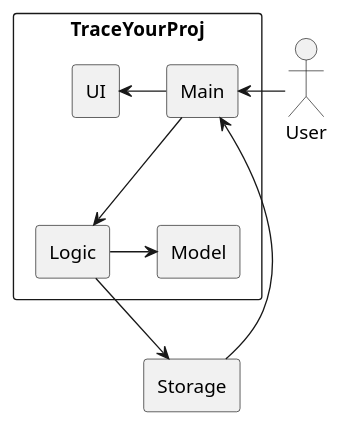
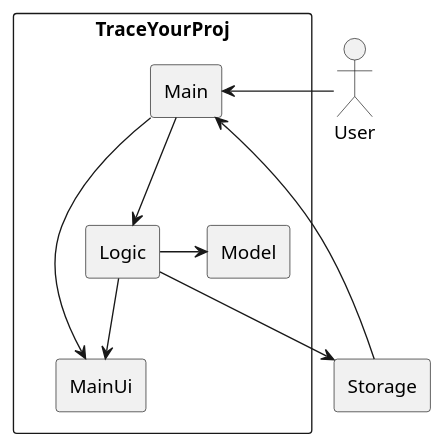
Before and after one commit to s-t-e-f/tp: the diagram in docs/PlantUML/Architecture.puml, drawn with PlantUML. The commit also changed 6 other files, not shown here.

Commit message:
[Sam] Updated Architecture part

```diff
--- a/docs/PlantUML/Architecture.puml
+++ b/docs/PlantUML/Architecture.puml
@@ -1,15 +1,16 @@
 @startuml
 skinparam packageStyle rectangle
 skinparam componentStyle rectangle
 
 actor User
 rectangle Storage
 rectangle TraceYourProj{
   User -left-> [Main]
-  [Main] -left-> [UI]
+  [Main] -left-> [MainUi]
   [Main] --> [Logic]
   [Logic] -right-> [Model]
   [Logic] -down-> [Storage]
+  [Logic] --> [MainUi]
   [Storage] -down-> [Main]
 }
 @enduml
```
